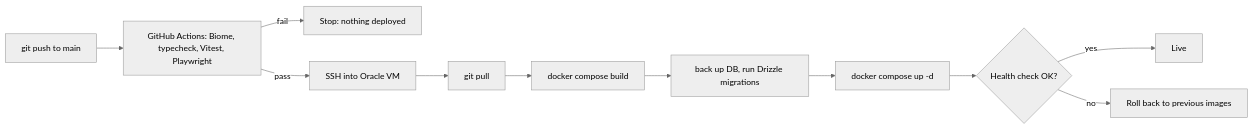
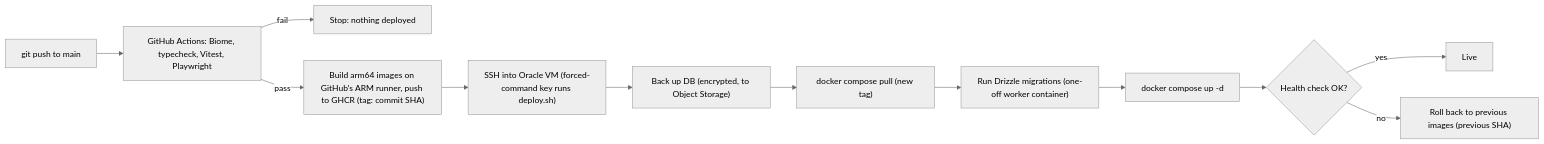
Diagram 11 of 11 in docs/diagrams.md (Jitesh2Git/devsbucket), drawn with Mermaid (neutral theme) before and after one commit. The commit also changed 4 other files, not shown here.

````diff
--- a/docs/diagrams.md
+++ b/docs/diagrams.md
@@ -441,13 +441,14 @@
 ```mermaid
 flowchart LR
   push["git push to main"] --> ci["GitHub Actions: Biome, typecheck, Vitest, Playwright"]
   ci -->|"fail"| stop["Stop: nothing deployed"]
-  ci -->|"pass"| ssh["SSH into Oracle VM"]
-  ssh --> pull["git pull"]
-  pull --> build["docker compose build"]
-  build --> mig["back up DB, run Drizzle migrations"]
+  ci -->|"pass"| images["Build arm64 images on GitHub's ARM runner, push to GHCR (tag: commit SHA)"]
+  images --> ssh["SSH into Oracle VM (forced-command key runs deploy.sh)"]
+  ssh --> backup["Back up DB (encrypted, to Object Storage)"]
+  backup --> pull["docker compose pull (new tag)"]
+  pull --> mig["Run Drizzle migrations (one-off worker container)"]
   mig --> up["docker compose up -d"]
   up --> health{"Health check OK?"}
   health -->|"yes"| done["Live"]
-  health -->|"no"| back["Roll back to previous images"]
+  health -->|"no"| back["Roll back to previous images (previous SHA)"]
 ```
````
